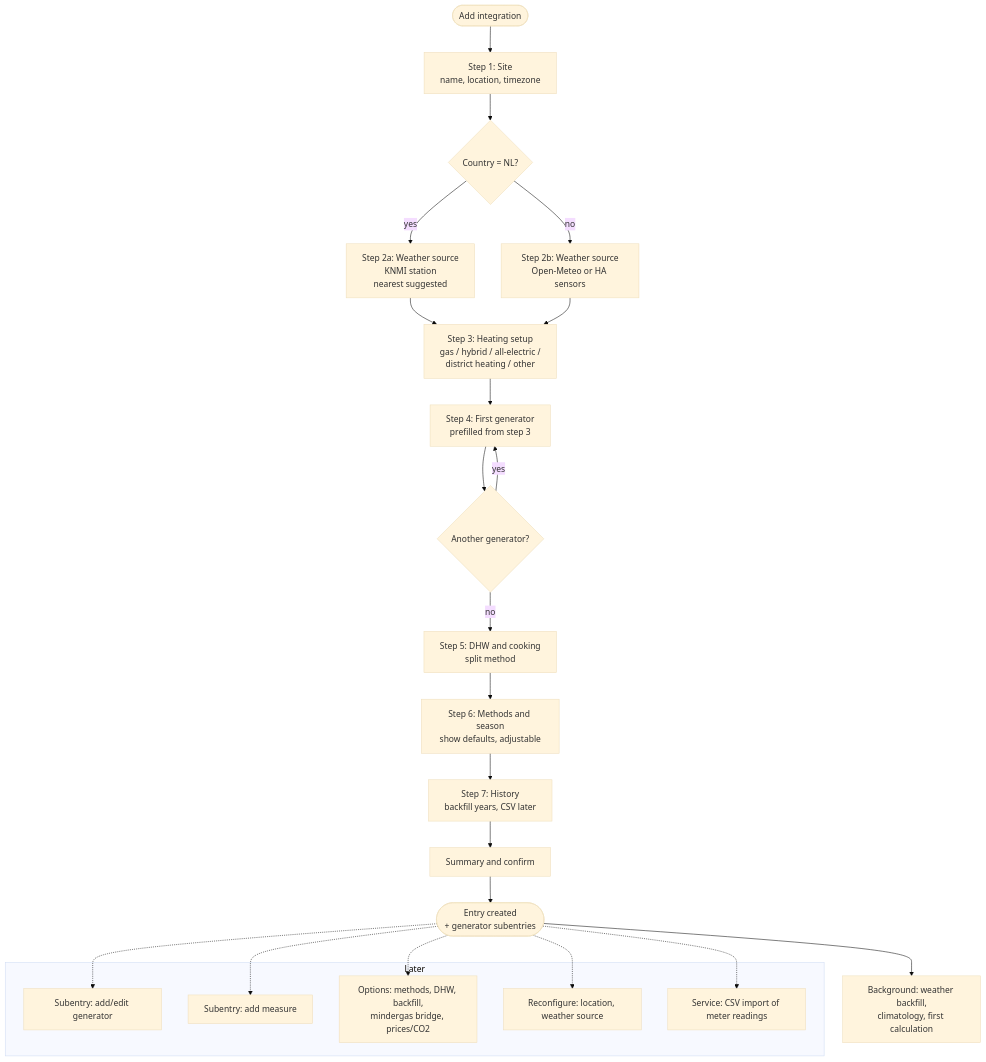
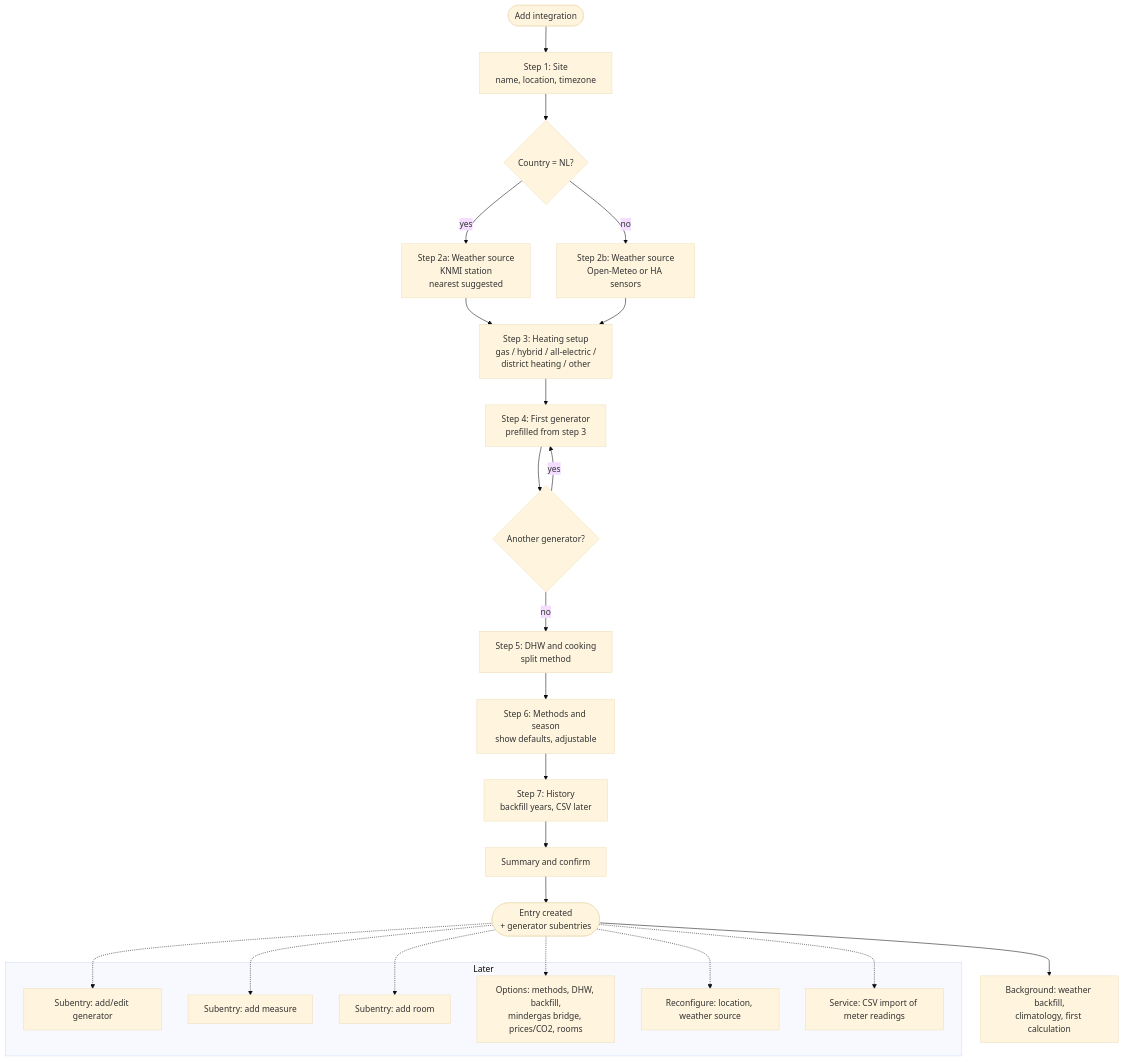
Before and after one commit to nicohabets/heatprint: the diagram in docs/CONFIG_FLOW.md, drawn with Mermaid (base theme). The commit also changed other lines of this file and 7 other files, not shown here.

First line of the commit message:
docs: design per-room heat allocation and cost (Rooms)

````diff
--- a/docs/CONFIG_FLOW.md
+++ b/docs/CONFIG_FLOW.md
@@ -14,31 +14,33 @@
 ```mermaid
 flowchart TD
     A([Add integration]) --> B[Step 1: Site<br/>name, location, timezone]
     B --> C{Country = NL?}
     C -- yes --> D[Step 2a: Weather source<br/>KNMI station<br/>nearest suggested]
     C -- no --> E[Step 2b: Weather source<br/>Open-Meteo or HA sensors]
     D --> F[Step 3: Heating setup<br/>gas / hybrid / all-electric /<br/>district heating / other]
     E --> F
     F --> G[Step 4: First generator<br/>prefilled from step 3]
     G --> H{Another generator?}
     H -- yes --> G
     H -- no --> I[Step 5: DHW and cooking<br/>split method]
     I --> J[Step 6: Methods and season<br/>show defaults, adjustable]
     J --> K[Step 7: History<br/>backfill years, CSV later]
     K --> L[Summary and confirm]
     L --> M([Entry created<br/>+ generator subentries])
     M --> N[Background: weather backfill,<br/>climatology, first calculation]
 
     subgraph Later
         O[Subentry: add/edit generator]
         P[Subentry: add measure]
-        Q[Options: methods, DHW, backfill,<br/>mindergas bridge, prices/CO2]
+        T[Subentry: add room]
+        Q[Options: methods, DHW, backfill,<br/>mindergas bridge, prices/CO2, rooms]
         R[Reconfigure: location, weather source]
         S[Service: CSV import of meter readings]
     end
     M -.-> O
     M -.-> P
+    M -.-> T
     M -.-> Q
     M -.-> R
     M -.-> S
 ```
````
